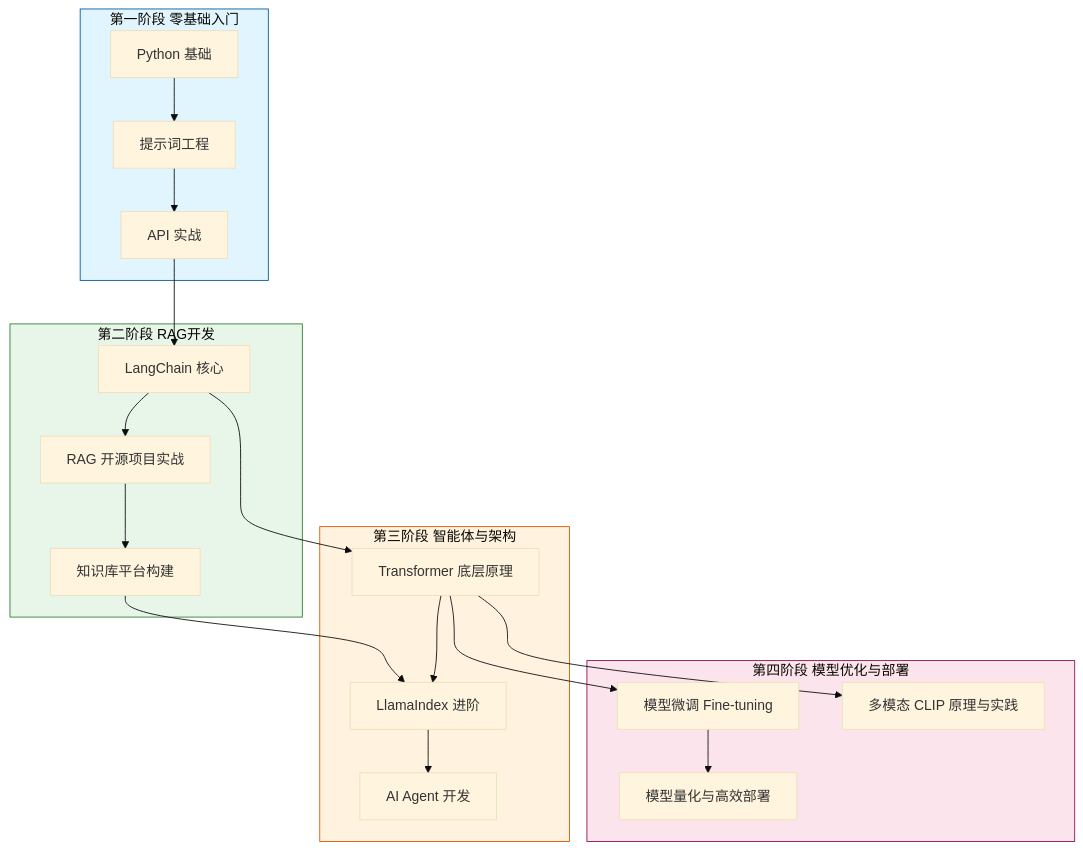
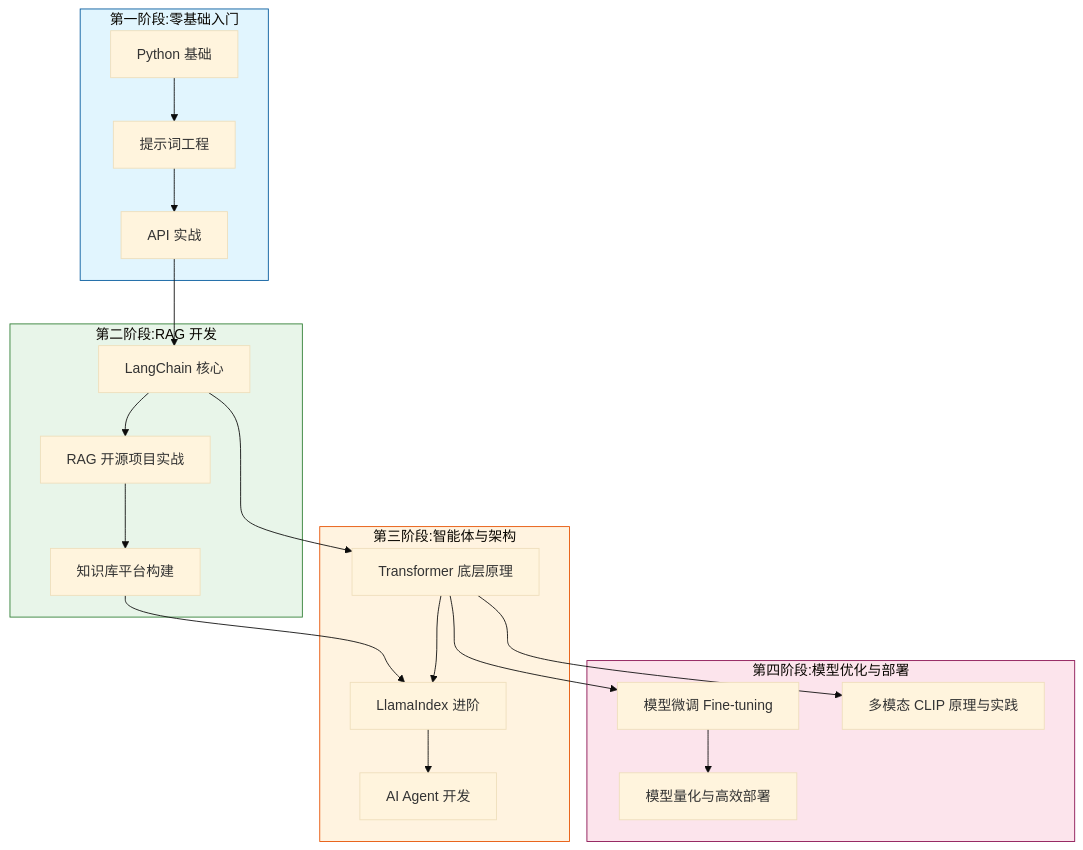
One commit to pulj26pulj26/Awesome-AI-LLM-Roadmap changed the diagram in README.md. Above: the diagram before and after it, drawn with Mermaid (base theme). The commit also changed other lines of this file, not shown here.

````diff
--- a/README.md
+++ b/README.md
@@ -28,31 +27,31 @@
 ```mermaid
 graph TD
-    subgraph Phase1 [第一阶段 零基础入门]
+    subgraph Phase1[第一阶段:零基础入门]
         A1[Python 基础] --> A2[提示词工程]
         A2 --> A3[API 实战]
     end
 
-    subgraph Phase2 [第二阶段 RAG开发]
+    subgraph Phase2[第二阶段:RAG 开发]
         A3 --> B1[LangChain 核心]
         B1 --> B2[RAG 开源项目实战]
         B2 --> B3[知识库平台构建]
     end
 
-    subgraph Phase3 [第三阶段 智能体与架构]
+    subgraph Phase3[第三阶段:智能体与架构]
         B3 --> C1[LlamaIndex 进阶]
         B1 --> C2[Transformer 底层原理]
         C2 --> C1
         C1 --> C3[AI Agent 开发]
     end
 
-    subgraph Phase4 [第四阶段 模型优化与部署]
+    subgraph Phase4[第四阶段:模型优化与部署]
         C2 --> D1[模型微调 Fine-tuning]
         D1 --> D2[模型量化与高效部署]
         C2 --> D3[多模态 CLIP 原理与实践]
     end
 
     style Phase1 fill:#e1f5fe,stroke:#01579b
     style Phase2 fill:#e8f5e9,stroke:#2e7d32
     style Phase3 fill:#fff3e0,stroke:#e65100
     style Phase4 fill:#fce4ec,stroke:#880e4f
 ```
````
